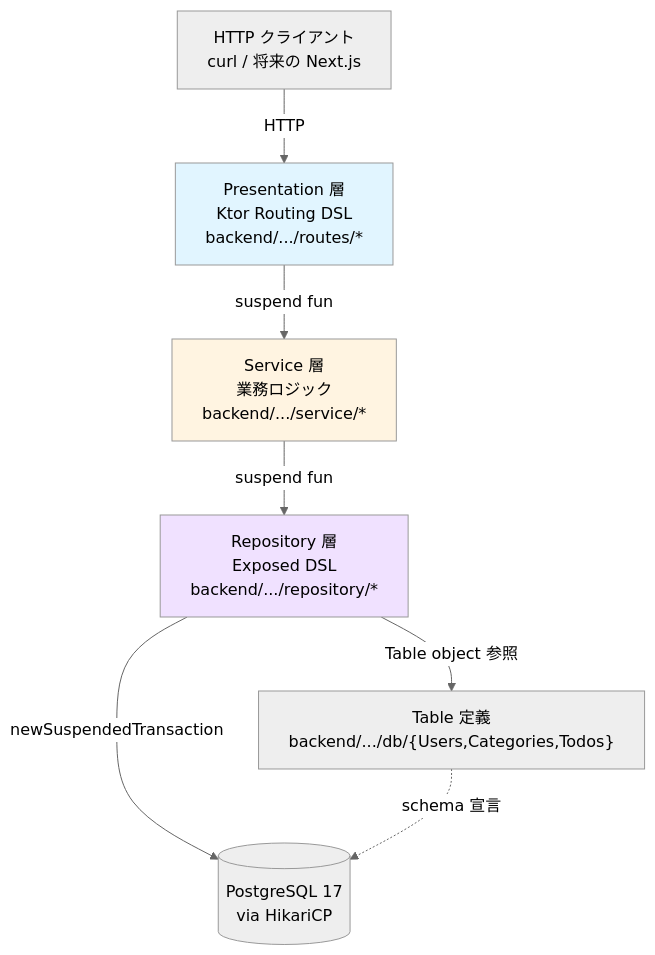
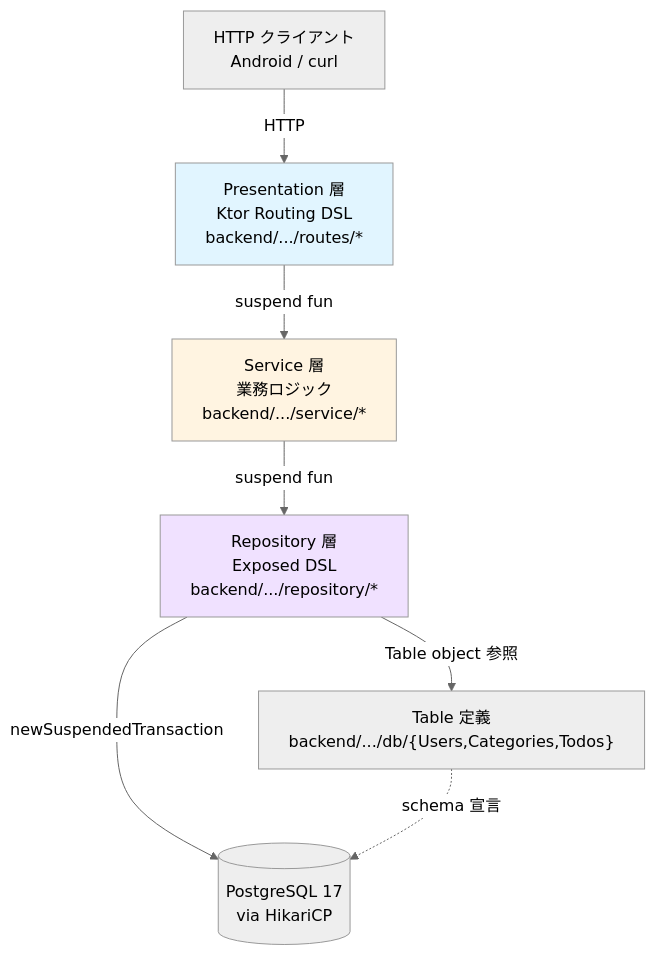
One commit to GenkiHashioka/kotlin-todo changed the second of 4 diagrams in docs/architecture.md. Above: the diagram before and after it, drawn with Mermaid (neutral theme). The commit also changed other lines of this file and 81 other files, not shown here.

First line of the commit message:
feat(android): add Android client and display todo list from API (#45)

````diff
--- a/docs/architecture.md
+++ b/docs/architecture.md
@@ -48,20 +131,20 @@
 ```mermaid
 flowchart TB
-    Client[HTTP クライアント<br/>curl / 将来の Next.js]
+    Client[HTTP クライアント<br/>Android / curl]
     Routing["Presentation 層<br/>Ktor Routing DSL<br/>backend/.../routes/*"]
     Service["Service 層<br/>業務ロジック<br/>backend/.../service/*"]
     Repository["Repository 層<br/>Exposed DSL<br/>backend/.../repository/*"]
     Table["Table 定義<br/>backend/.../db/{Users,Categories,Todos}"]
     DB[(PostgreSQL 17<br/>via HikariCP)]
 
     Client -->|HTTP| Routing
     Routing -->|suspend fun| Service
     Service -->|suspend fun| Repository
     Repository -->|Table object 参照| Table
     Repository -->|newSuspendedTransaction| DB
     Table -.->|schema 宣言| DB
 
     style Routing fill:#e1f5ff
     style Service fill:#fff4e1
     style Repository fill:#f0e1ff
 ```
````
